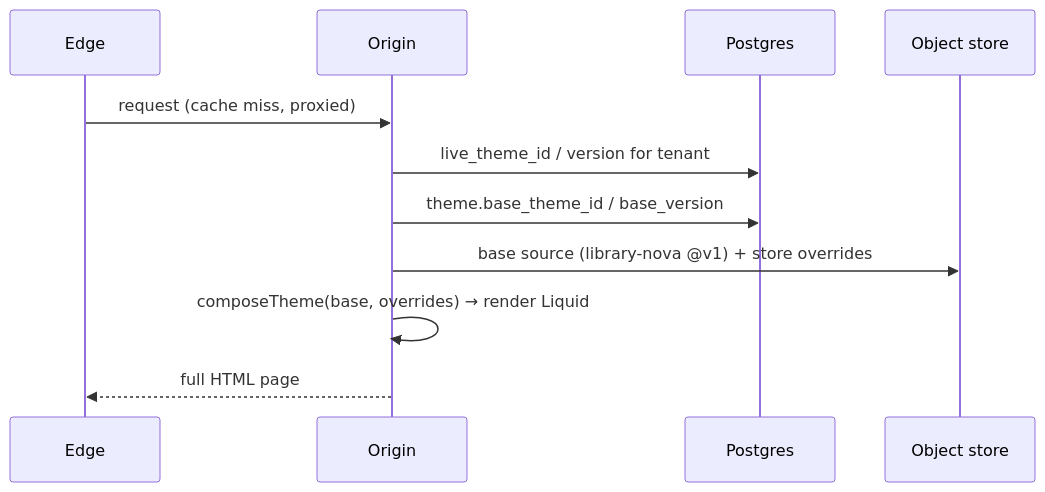
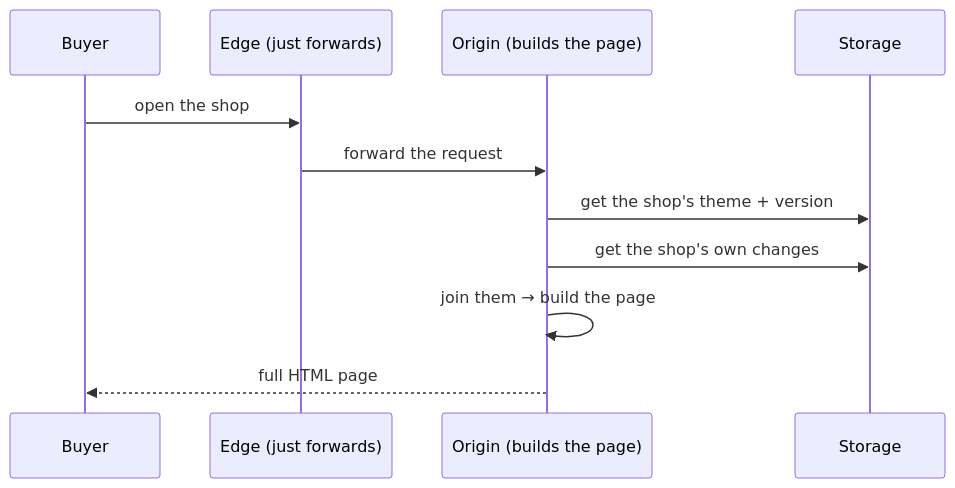
Before and after one commit to primathontech/ratio-3.0: the sixth of 8 diagrams in packages/builder-core/src/theme/ARCHITECTURE.md, drawn with Mermaid. The commit also changed other lines of this file and 1 other file, not shown here.

First line of the commit message:
docs(theme): rewrite theme docs in simple English + more diagrams (#324)

````diff
--- a/packages/builder-core/src/theme/ARCHITECTURE.md
+++ b/packages/builder-core/src/theme/ARCHITECTURE.md
@@ -140,13 +110,13 @@
 ```mermaid
 sequenceDiagram
-  participant Edge
-  participant Origin
-  participant DB as Postgres
-  participant Obj as Object store
-  Edge->>Origin: request (cache miss, proxied)
-  Origin->>DB: live_theme_id / version for tenant
-  Origin->>DB: theme.base_theme_id / base_version
-  Origin->>Obj: base source (library-nova @v1) + store overrides
-  Origin->>Origin: composeTheme(base, overrides) → render Liquid
-  Origin-->>Edge: full HTML page
+  participant Buyer
+  participant Edge as Edge (just forwards)
+  participant Origin as Origin (builds the page)
+  participant Store as Storage
+  Buyer->>Edge: open the shop
+  Edge->>Origin: forward the request
+  Origin->>Store: get the shop's theme + version
+  Origin->>Store: get the shop's own changes
+  Origin->>Origin: join them → build the page
+  Origin-->>Buyer: full HTML page
 ```
````
